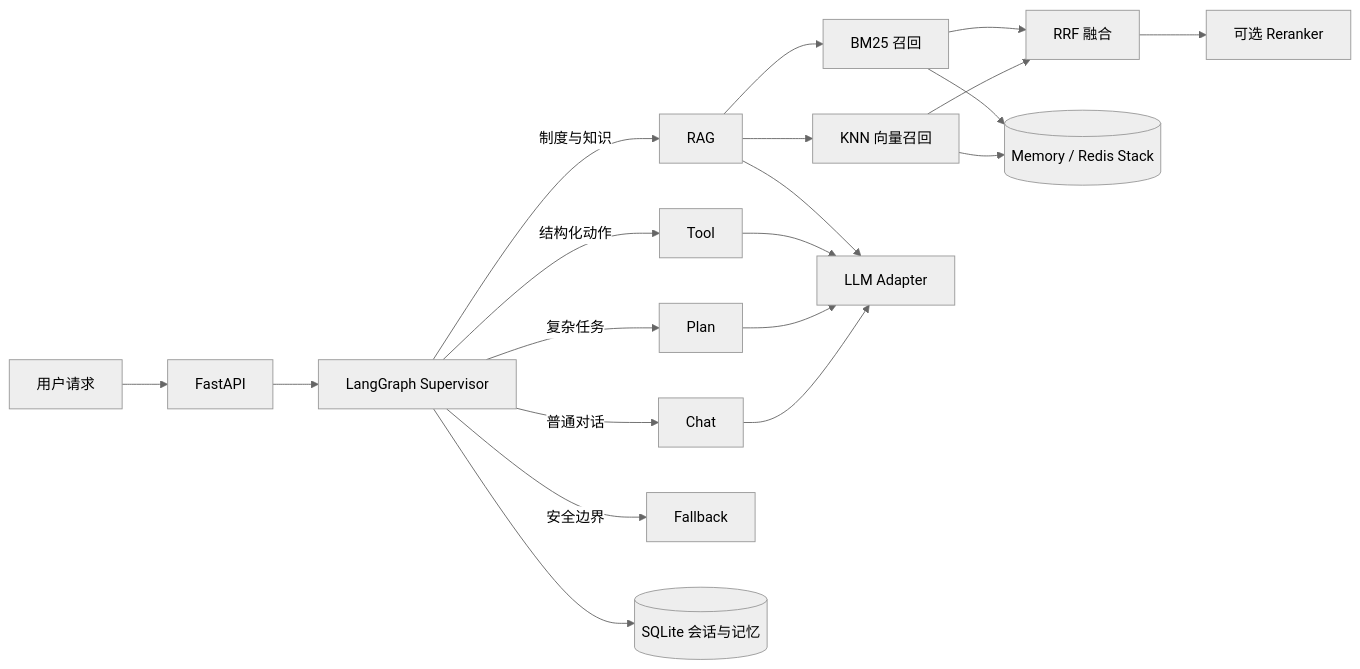
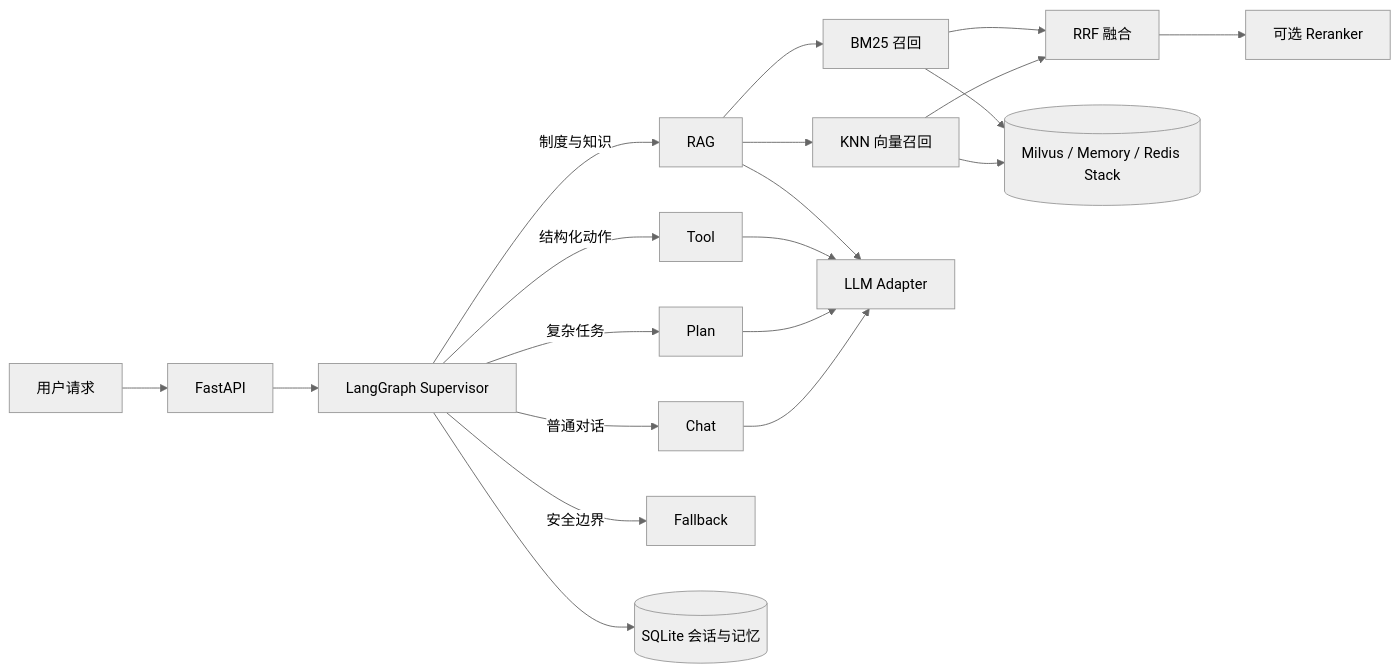
One commit to shmoon250216-sys/agentic-rag-platform changed the diagram in README.md. Above: the diagram before and after it, drawn with Mermaid (neutral theme). The commit also changed other lines of this file and 20 other files, not shown here.

````diff
--- a/README.md
+++ b/README.md
@@ -17,22 +17,22 @@
 ```mermaid
 flowchart LR
     U[用户请求] --> API[FastAPI]
     API --> S[LangGraph Supervisor]
     S -->|制度与知识| R[RAG]
     S -->|结构化动作| T[Tool]
     S -->|复杂任务| P[Plan]
     S -->|普通对话| C[Chat]
     S -->|安全边界| F[Fallback]
     R --> B[BM25 召回]
     R --> V[KNN 向量召回]
     B --> H[RRF 融合]
     V --> H
     H --> X[可选 Reranker]
-    B --> K[(Memory / Redis Stack)]
+    B --> K[(Milvus / Memory / Redis Stack)]
     V --> K
     R --> L[LLM Adapter]
     T --> L
     P --> L
     C --> L
     S --> M[(SQLite 会话与记忆)]
 ```
````
